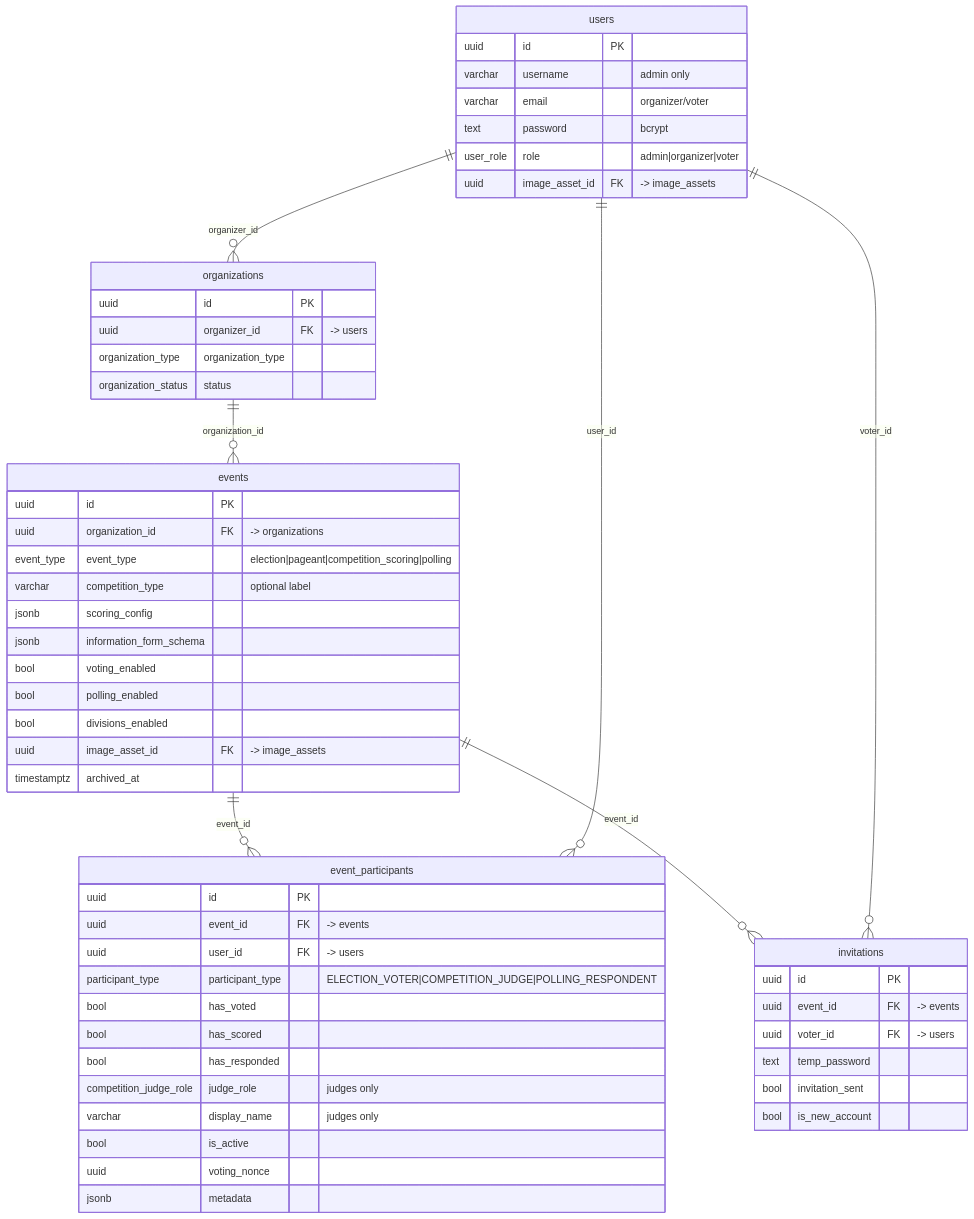
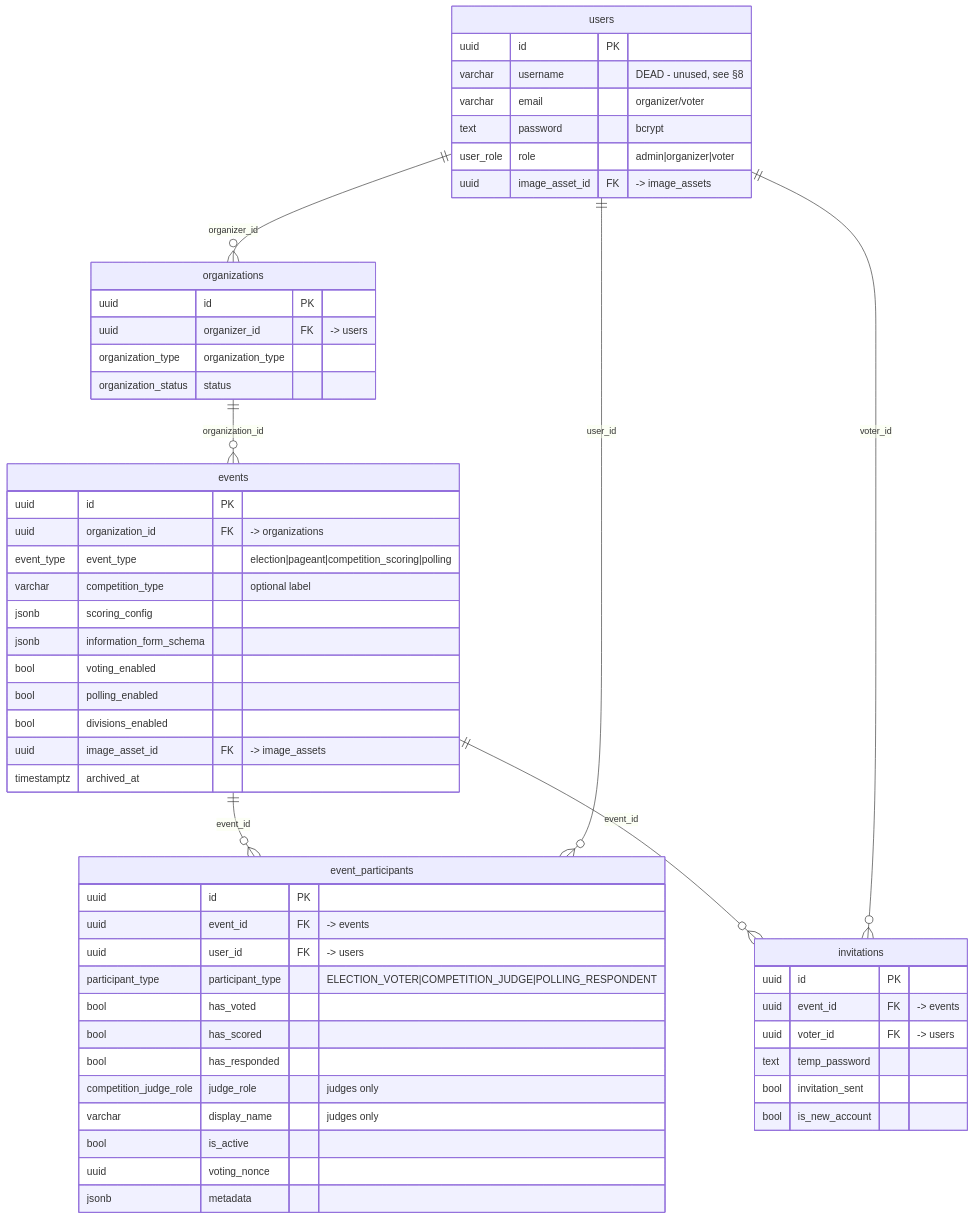
The second of 5 diagrams in DATABASE_SCHEMA_CURRENT.md (zkcs1234/Votrix), drawn with Mermaid before and after one commit. The commit also changed other lines of this file and 29 other files, not shown here.

````diff
--- a/DATABASE_SCHEMA_CURRENT.md
+++ b/DATABASE_SCHEMA_CURRENT.md
@@ -77,59 +79,59 @@
 ```mermaid
 erDiagram
     users ||--o{ organizations : "organizer_id"
     organizations ||--o{ events : "organization_id"
     events ||--o{ event_participants : "event_id"
     users ||--o{ event_participants : "user_id"
     events ||--o{ invitations : "event_id"
     users ||--o{ invitations : "voter_id"
 
     users {
         uuid id PK
-        varchar username "admin only"
+        varchar username "DEAD - unused, see §8"
         varchar email "organizer/voter"
         text password "bcrypt"
         user_role role "admin|organizer|voter"
         uuid image_asset_id FK "-> image_assets"
     }
     organizations {
         uuid id PK
         uuid organizer_id FK "-> users"
         organization_type organization_type
         organization_status status
     }
     events {
         uuid id PK
         uuid organization_id FK "-> organizations"
         event_type event_type "election|pageant|competition_scoring|polling"
         varchar competition_type "optional label"
         jsonb scoring_config
         jsonb information_form_schema
         bool voting_enabled
         bool polling_enabled
         bool divisions_enabled
         uuid image_asset_id FK "-> image_assets"
         timestamptz archived_at
     }
     event_participants {
         uuid id PK
         uuid event_id FK "-> events"
         uuid user_id FK "-> users"
         participant_type participant_type "ELECTION_VOTER|COMPETITION_JUDGE|POLLING_RESPONDENT"
         bool has_voted
         bool has_scored
         bool has_responded
         competition_judge_role judge_role "judges only"
         varchar display_name "judges only"
         bool is_active
         uuid voting_nonce
         jsonb metadata
     }
     invitations {
         uuid id PK
         uuid event_id FK "-> events"
         uuid voter_id FK "-> users"
         text temp_password
         bool invitation_sent
         bool is_new_account
     }
 ```
````
